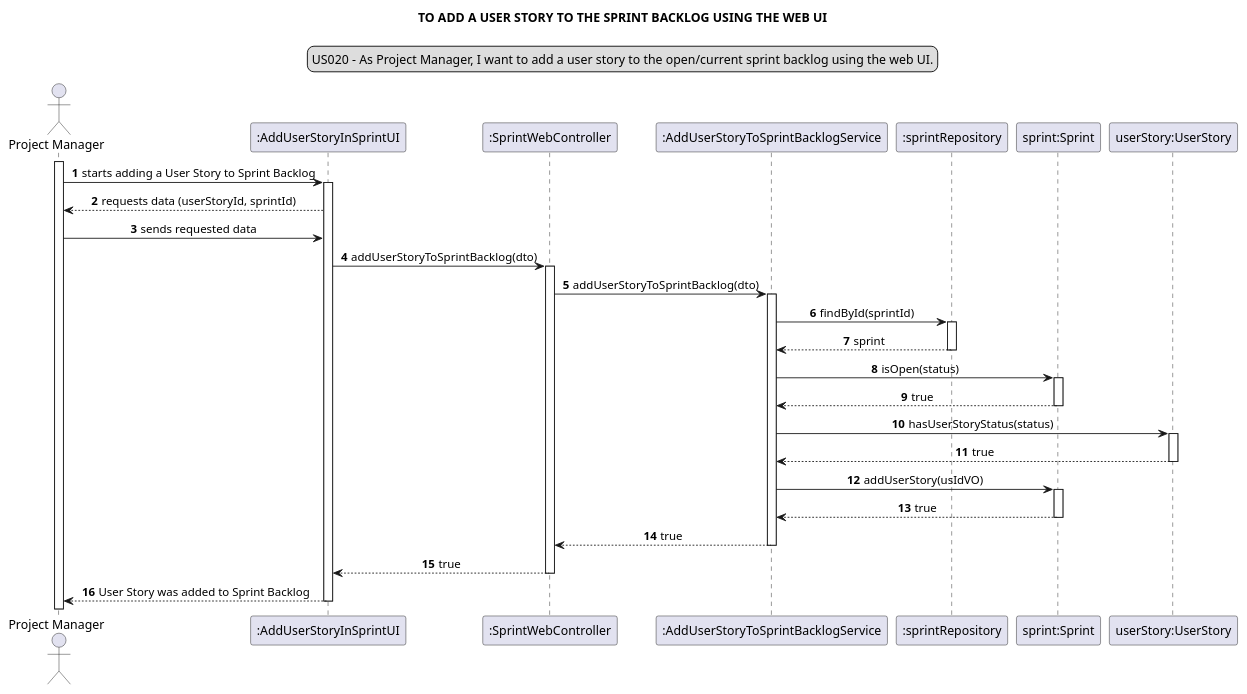
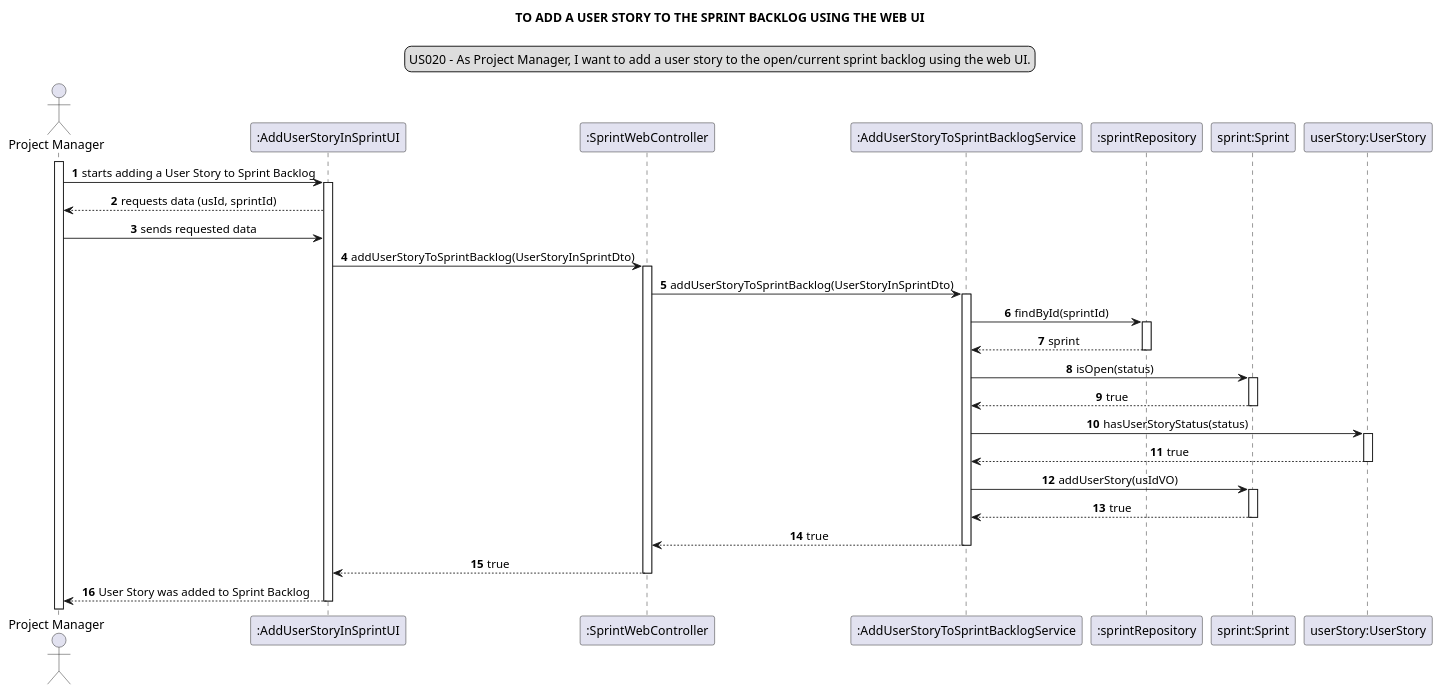
The diagram in docs/modelling_design/user_stories/sprint03/us020/US20_sequenceDiagram_ddd_sprintBacklog.puml (Loracline/project_switch_22-23), drawn with PlantUML before and after one commit. The commit also changed 2 other files, not shown here.

Commit message:
US 32:Analysis and Design: Correction of sequence and class diagram, added to general class diagram addresses #644

```diff
--- a/docs/modelling_design/user_stories/sprint03/us020/US20_sequenceDiagram_ddd_sprintBacklog.puml
+++ b/docs/modelling_design/user_stories/sprint03/us020/US20_sequenceDiagram_ddd_sprintBacklog.puml
@@ -1,50 +1,50 @@
 @startuml
 skinparam sequenceMessageAlign center
 title TO ADD A USER STORY TO THE SPRINT BACKLOG USING THE WEB UI
 legend top
 US020 - As Project Manager, I want to add a user story to the open/current sprint backlog using the web UI.
 end legend
 autonumber
 actor "Project Manager"
 participant ":AddUserStoryInSprintUI" as ui
 participant ":SprintWebController" as ct
 participant ":AddUserStoryToSprintBacklogService" as serv
 participant ":sprintRepository" as sprintRep
 participant "sprint:Sprint" as s
 participant "userStory:UserStory" as us
 
 activate "Project Manager"
 
 "Project Manager"-> ui: starts adding a User Story to Sprint Backlog
 activate ui
-ui --> "Project Manager": requests data (userStoryId, sprintId)
+ui --> "Project Manager": requests data (usId, sprintId)
 "Project Manager" -> ui: sends requested data
-ui -> ct: addUserStoryToSprintBacklog(dto)
+ui -> ct: addUserStoryToSprintBacklog(UserStoryInSprintDto)
 activate ct
-ct -> serv: addUserStoryToSprintBacklog(dto)
+ct -> serv: addUserStoryToSprintBacklog(UserStoryInSprintDto)
 activate serv
 serv -> sprintRep: findById(sprintId)
 activate sprintRep
 sprintRep --> serv: sprint
 deactivate sprintRep
 serv -> s: isOpen(status)
 activate s
 s --> serv: true
 deactivate s
 
 serv -> us: hasUserStoryStatus(status)
 activate us
 us --> serv: true
 deactivate us
 serv -> s : addUserStory(usIdVO)
 activate s
 s --> serv: true
 deactivate s
 
 serv --> ct : true
 deactivate serv
 ct --> ui : true
 deactivate ct
 ui --> "Project Manager": User Story was added to Sprint Backlog
 deactivate ui
 @enduml
```
